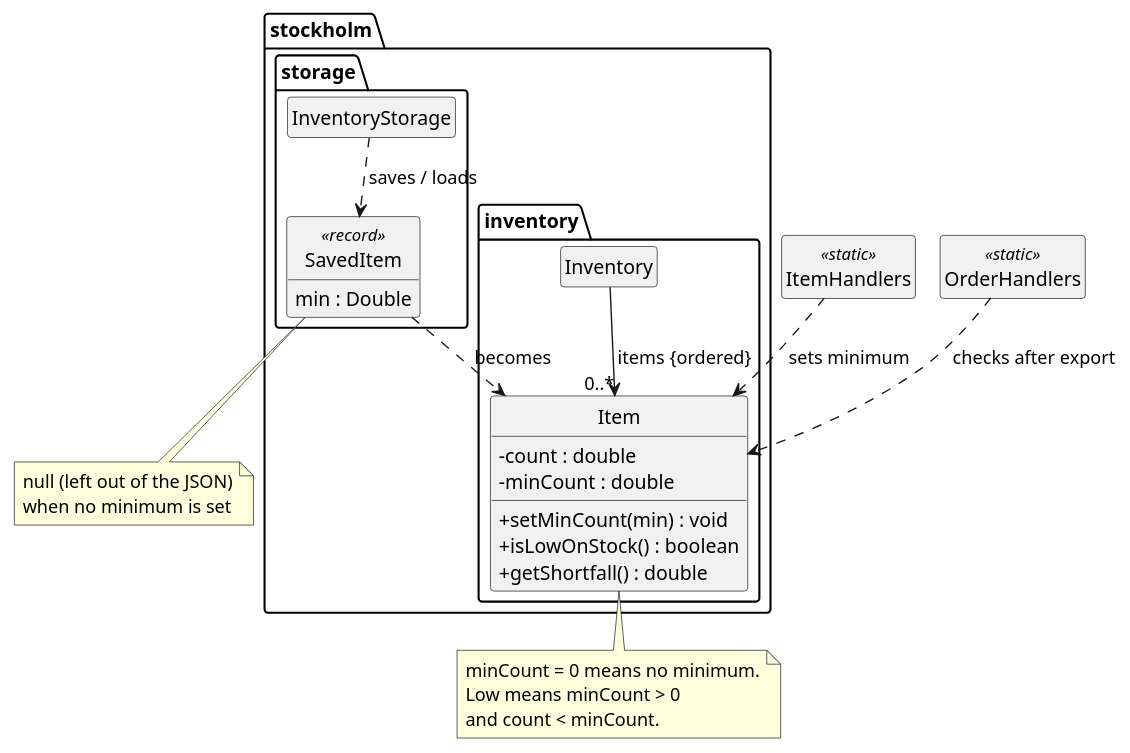
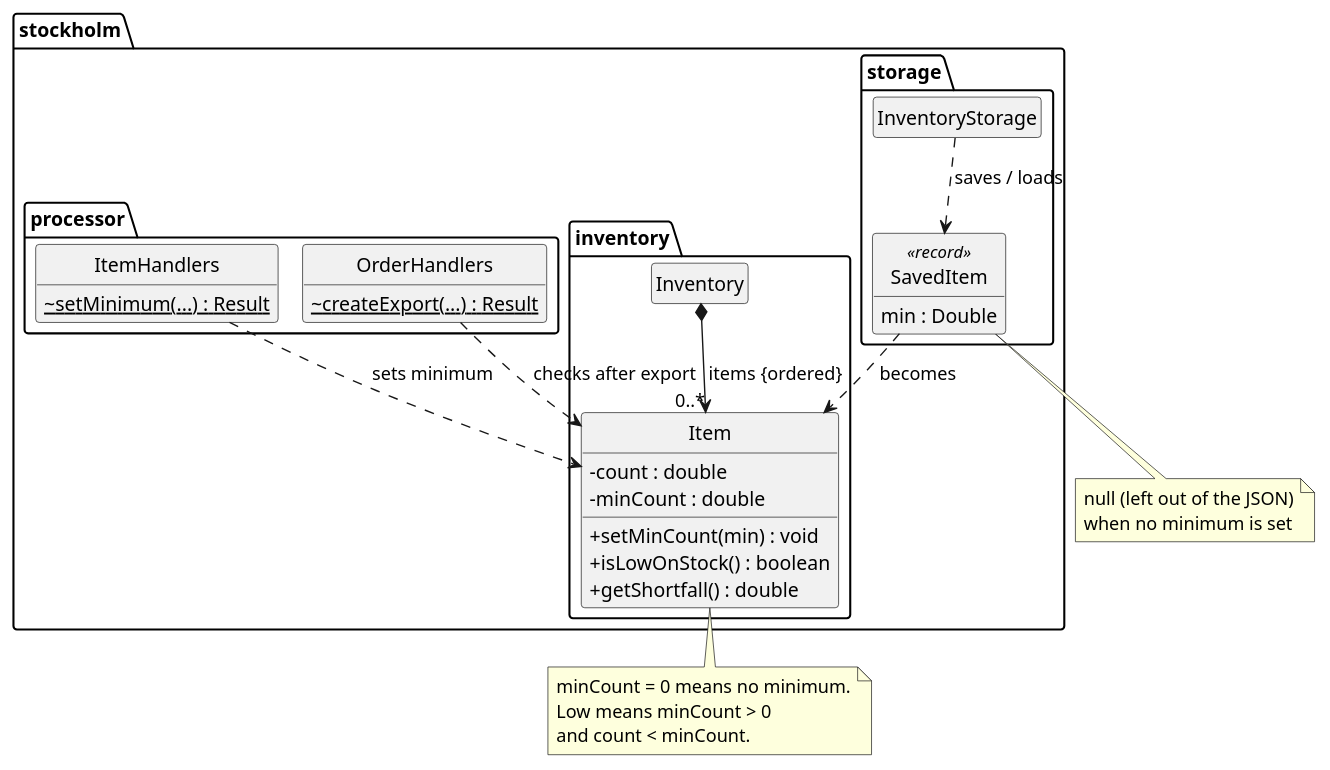
One commit to AY2627S1-CS2113-W14-4/tp changed the diagram in docs/diagrams/LowStockClassDiagram.puml. Above: the diagram before and after it, drawn with PlantUML. The commit also changed 1 other file, not shown here.

Commit message:
Show handler methods and item composition in low stock diagram

```diff
--- a/docs/diagrams/LowStockClassDiagram.puml
+++ b/docs/diagrams/LowStockClassDiagram.puml
@@ -1,44 +1,50 @@
 @startuml
 !pragma layout smetana
 hide circle
 hide empty members
 skinparam classAttributeIconSize 0
 
 package "stockholm.inventory" {
     class Inventory
     class Item {
         - count : double
         - minCount : double
         + setMinCount(min) : void
         + isLowOnStock() : boolean
         + getShortfall() : double
     }
 }
 
 package "stockholm.storage" {
     class InventoryStorage
     class SavedItem <<record>> {
         min : Double
     }
 }
 
-class ItemHandlers <<static>>
-class OrderHandlers <<static>>
+package "stockholm.processor" {
+    class ItemHandlers {
+        ~ {static} setMinimum(...) : Result
+    }
+    class OrderHandlers {
+        ~ {static} createExport(...) : Result
+    }
+}
 
-Inventory --> "0..*" Item : items {ordered}
+Inventory *--> "0..*" Item : items {ordered}
 ItemHandlers ..> Item : sets minimum
 OrderHandlers ..> Item : checks after export
 InventoryStorage ..> SavedItem : saves / loads
 SavedItem ..> Item : becomes
 
 note bottom of Item
     minCount = 0 means no minimum.
     Low means minCount > 0
     and count < minCount.
 end note
 
 note bottom of SavedItem
     null (left out of the JSON)
     when no minimum is set
 end note
 @enduml
```
